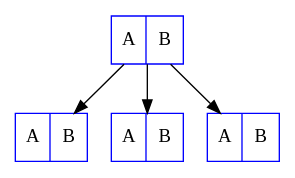
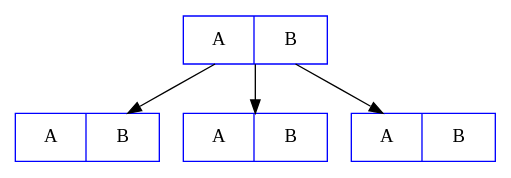
The diagram in doc/schematic-diagram/replica.dot (yszheda/GPU-RSCode), drawn with Graphviz before and after one commit. The commit also changed 11 other files, not shown here.

Commit message:
update schematic diagrams.

```diff
--- a/doc/schematic-diagram/replica.dot
+++ b/doc/schematic-diagram/replica.dot
@@ -1,11 +1,11 @@
 digraph replica
 {
 node [shape=record];
-struct1 [shape=record, label="<f0> A|<f1> B", color=blue];
-struct2 [shape=record, label="<f0> A|<f1> B", color=blue];
-struct3 [shape=record, label="<f0> A|<f1> B", color=blue];
-struct4 [shape=record, label="<f0> A|<f1> B", color=blue];
+struct1 [shape=record, label="<f0> A|<f1> B", width=1.5, size=1, color=blue];
+struct2 [shape=record, label="<f0> A|<f1> B", width=1.5, size=1, color=blue];
+struct3 [shape=record, label="<f0> A|<f1> B", width=1.5, size=1, color=blue];
+struct4 [shape=record, label="<f0> A|<f1> B", width=1.5, size=1, color=blue];
 struct1 -> struct2;
 struct1 -> struct3;
 struct1 -> struct4;
 }
```
